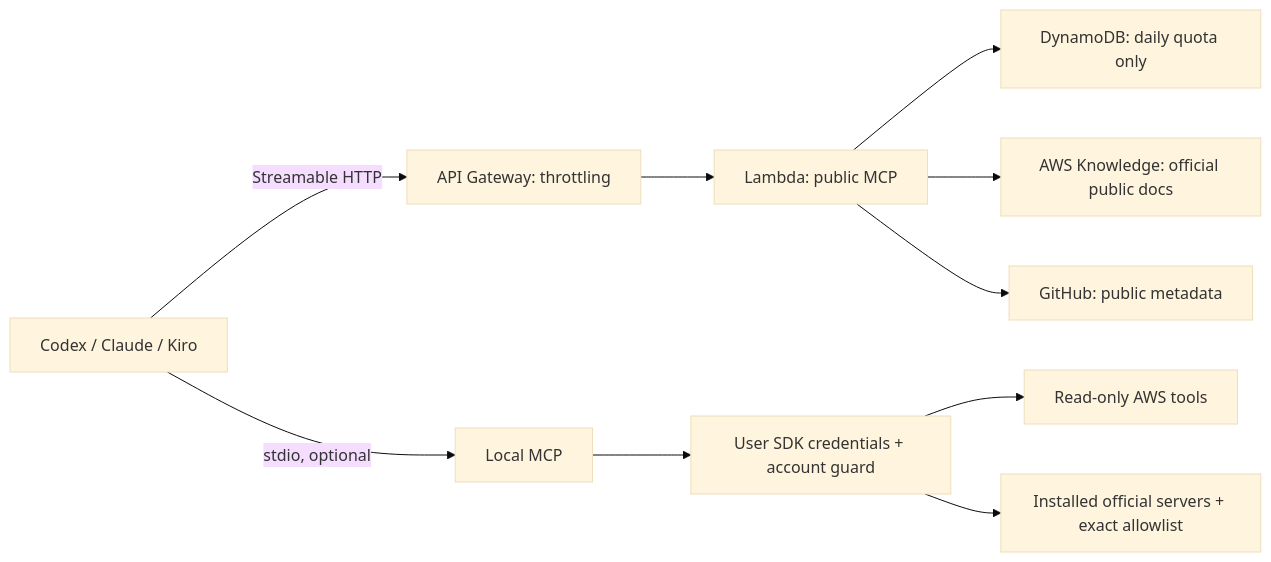
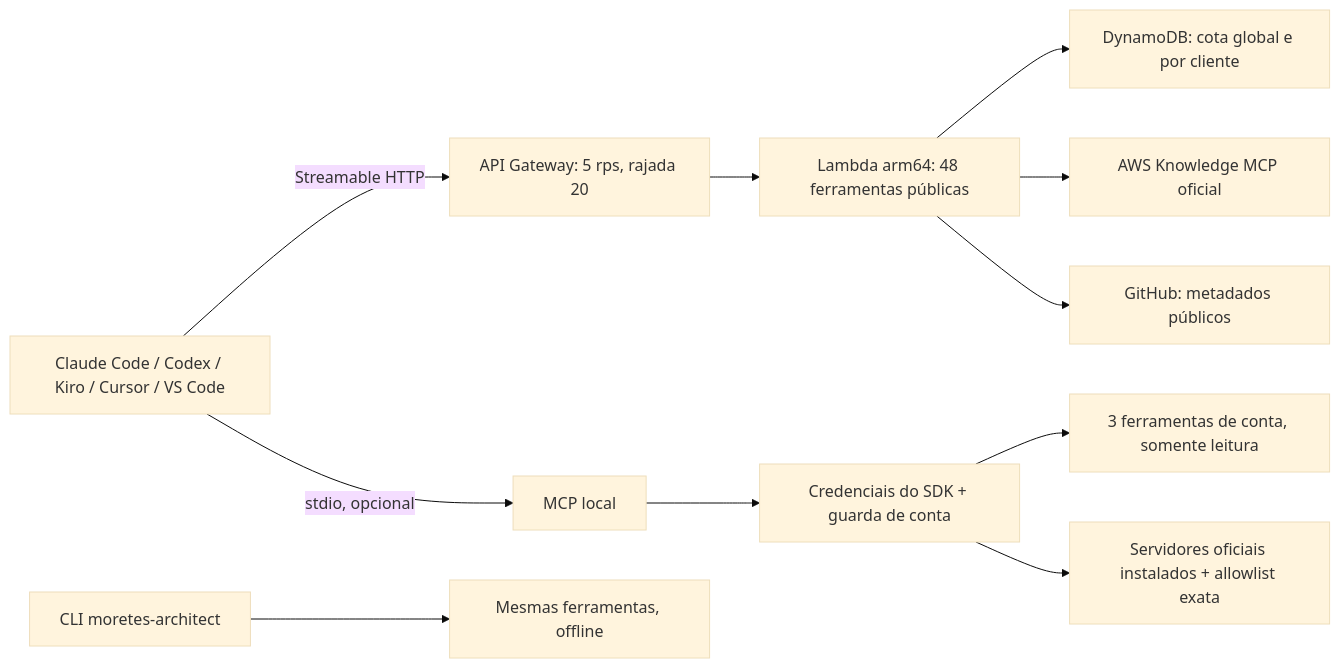
Before and after one commit to fernando-moretes/moretes-aws-architect-mcp: the second of 2 diagrams in README.md, drawn with Mermaid (base theme). The commit also changed other lines of this file and 100 other files, not shown here.

First line of the commit message:
v0.2.0: cloud-agnostic architecture workbench (48 tools, personas, CLI, docs) (#2)

````diff
--- a/README.md
+++ b/README.md
@@ -79,12 +257,13 @@
 ```mermaid
 flowchart LR
-  C[Codex / Claude / Kiro] -->|Streamable HTTP| G[API Gateway: throttling]
-  G --> L[Lambda: public MCP]
-  L --> Q[DynamoDB: daily quota only]
-  L --> K[AWS Knowledge: official public docs]
-  L --> H[GitHub: public metadata]
-  C -->|stdio, optional| S[Local MCP]
-  S --> A[User SDK credentials + account guard]
-  A --> R[Read-only AWS tools]
-  A --> F[Installed official servers + exact allowlist]
+  C[Claude Code / Codex / Kiro / Cursor / VS Code] -->|Streamable HTTP| G[API Gateway: 5 rps, rajada 20]
+  G --> L[Lambda arm64: 48 ferramentas públicas]
+  L --> Q[DynamoDB: cota global e por cliente]
+  L --> K[AWS Knowledge MCP oficial]
+  L --> H[GitHub: metadados públicos]
+  C -->|stdio, opcional| S[MCP local]
+  S --> A[Credenciais do SDK + guarda de conta]
+  A --> R[3 ferramentas de conta, somente leitura]
+  A --> F[Servidores oficiais instalados + allowlist exata]
+  P[CLI moretes-architect] --> T[Mesmas ferramentas, offline]
 ```
````
